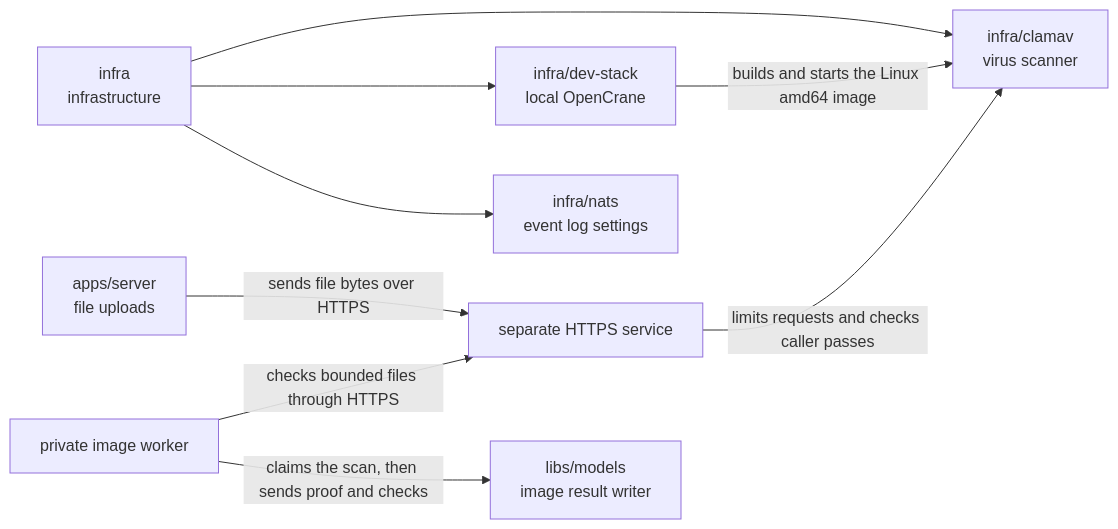
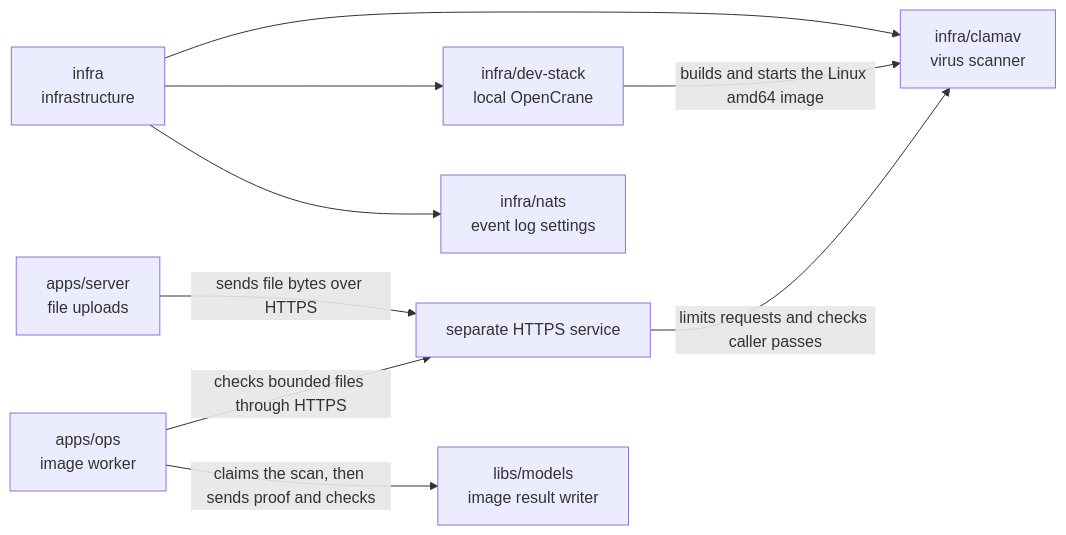
One commit to elewa-git/opencrane-new changed the diagram in infra/clamav/README.md. Above: the diagram before and after it, drawn with Mermaid. The commit also changed other lines of this file and 19 other files, not shown here.

Commit message:
🦠 Saved hosted image attempts run through the checked worker queue

````diff
--- a/infra/clamav/README.md
+++ b/infra/clamav/README.md
@@ -18,11 +18,11 @@
 ```mermaid
 flowchart LR
   infra["infra<br/>infrastructure"] --> clamav["infra/clamav<br/>virus scanner"]
   infra --> stack["infra/dev-stack<br/>local OpenCrane"]
   infra --> nats["infra/nats<br/>event log settings"]
   stack -->|builds and starts the Linux amd64 image| clamav
   server["apps/server<br/>file uploads"] -->|sends file bytes over HTTPS| launcher
-  worker["private image worker"] -->|checks bounded files through HTTPS| launcher
+  worker["apps/ops<br/>image worker"] -->|checks bounded files through HTTPS| launcher
   worker -->|claims the scan, then sends proof and checks| models["libs/models<br/>image result writer"]
   launcher["separate HTTPS service"] -->|limits requests and checks caller passes| clamav
 ```
````
